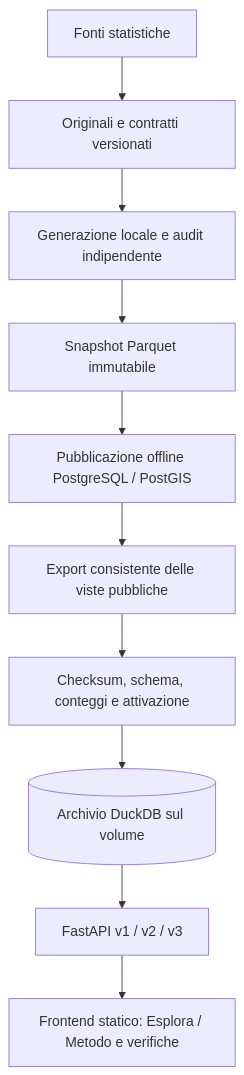
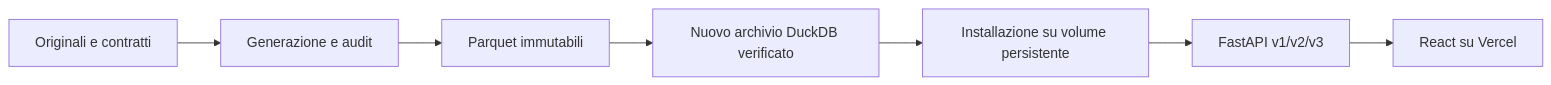
One commit to matik81/itadb changed the diagram in docs/architecture.md. Above: the diagram before and after it, drawn with Mermaid. The commit also changed other lines of this file and 130 other files, not shown here.

````diff
--- a/docs/architecture.md
+++ b/docs/architecture.md
@@ -11,12 +6,9 @@
 ```mermaid
-flowchart TB
-  S[Fonti statistiche] --> C[Originali e contratti versionati]
-  C --> G[Generazione locale e audit indipendente]
-  G --> P[Snapshot Parquet immutabile]
-  P --> L[Pubblicazione offline PostgreSQL / PostGIS]
-  L --> X[Export consistente delle viste pubbliche]
-  X --> V[Checksum, schema, conteggi e attivazione]
-  V --> D[(Archivio DuckDB sul volume)]
-  D --> A[FastAPI v1 / v2 / v3]
-  A --> W[Frontend statico: Esplora / Metodo e verifiche]
+flowchart LR
+  S[Originali e contratti] --> G[Generazione e audit]
+  G --> P[Parquet immutabili]
+  P --> C[Nuovo archivio DuckDB verificato]
+  C --> V[Installazione su volume persistente]
+  V --> A[FastAPI v1/v2/v3]
+  A --> W[React su Vercel]
 ```
````
